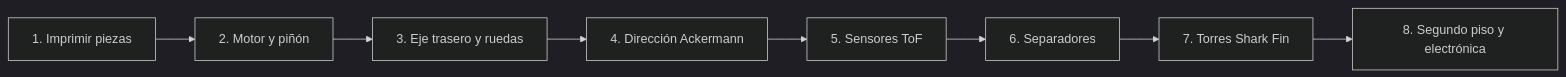
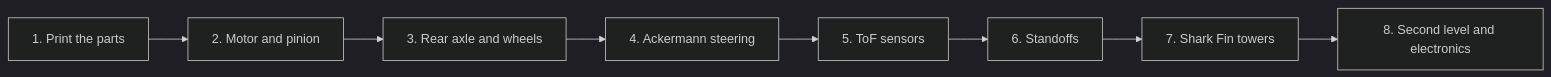
Before and after one commit to erchivox/Prometheus-Team-2026: the tenth of 18 diagrams in README.md, drawn with Mermaid (dark theme). The commit also changed other lines of this file and 8 other files, not shown here.

````diff
--- a/README.md
+++ b/README.md
@@ -1438,5 +1438,5 @@
 ```mermaid
 flowchart LR
-    P1["1. Imprimir piezas"] --> P2["2. Motor y piñón"] --> P3["3. Eje trasero y ruedas"] --> P4["4. Dirección Ackermann"]
-    P4 --> P5["5. Sensores ToF"] --> P6["6. Separadores"] --> P7["7. Torres Shark Fin"] --> P8["8. Segundo piso y electrónica"]
+    P1["1. Print the parts"] --> P2["2. Motor and pinion"] --> P3["3. Rear axle and wheels"] --> P4["4. Ackermann steering"]
+    P4 --> P5["5. ToF sensors"] --> P6["6. Standoffs"] --> P7["7. Shark Fin towers"] --> P8["8. Second level and electronics"]
 ```
````
